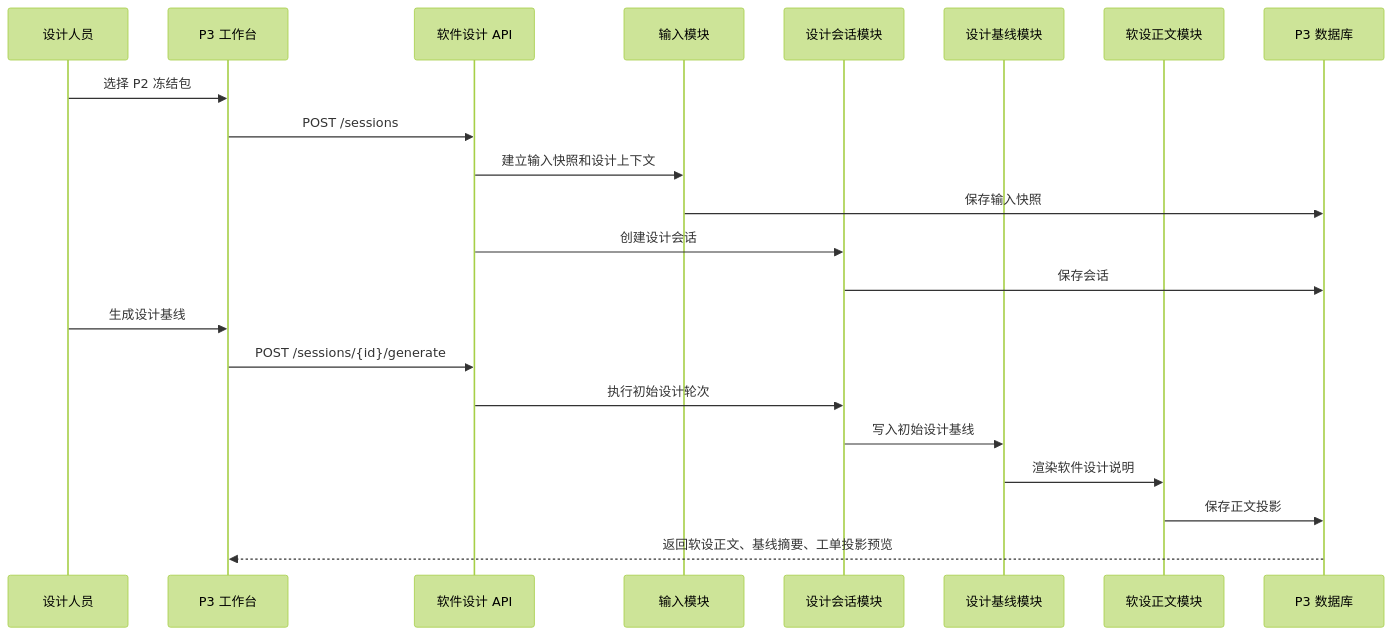
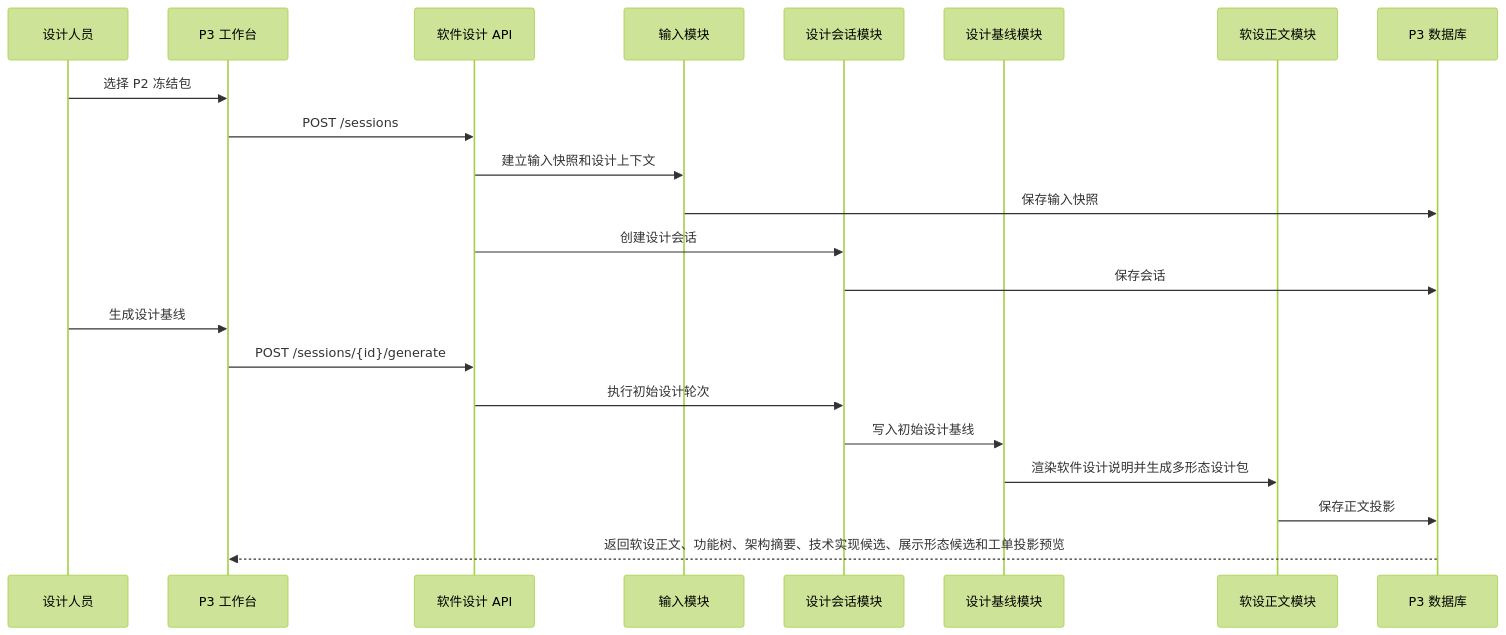
The eighth of 10 diagrams in DOC/CODEX_DOC/02_设计说明/P3_软件设计系统/P3-软件设计系统设计.md (wgwtest/CodeFactoryV2), drawn with Mermaid (forest theme) before and after one commit. The commit also changed other lines of this file, not shown here.

````diff
--- a/DOC/CODEX_DOC/02_设计说明/P3_软件设计系统/P3-软件设计系统设计.md
+++ b/DOC/CODEX_DOC/02_设计说明/P3_软件设计系统/P3-软件设计系统设计.md
@@ -2030,25 +2172,25 @@
 ```mermaid
 sequenceDiagram
   participant Designer as 设计人员
   participant Web as P3 工作台
   participant API as 软件设计 API
   participant Input as 输入模块
   participant Session as 设计会话模块
   participant Baseline as 设计基线模块
   participant Doc as 软设正文模块
   participant Store as P3 数据库
 
   Designer->>Web: 选择 P2 冻结包
   Web->>API: POST /sessions
   API->>Input: 建立输入快照和设计上下文
   Input->>Store: 保存输入快照
   API->>Session: 创建设计会话
   Session->>Store: 保存会话
   Designer->>Web: 生成设计基线
   Web->>API: POST /sessions/{id}/generate
   API->>Session: 执行初始设计轮次
   Session->>Baseline: 写入初始设计基线
-  Baseline->>Doc: 渲染软件设计说明
+  Baseline->>Doc: 渲染软件设计说明并生成多形态设计包
   Doc->>Store: 保存正文投影
-  Store-->>Web: 返回软设正文、基线摘要、工单投影预览
+  Store-->>Web: 返回软设正文、功能树、架构摘要、技术实现候选、展示形态候选和工单投影预览
 ```
````
